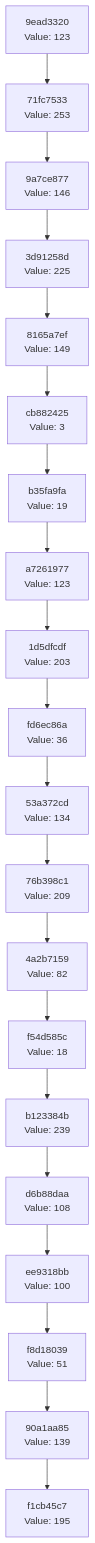
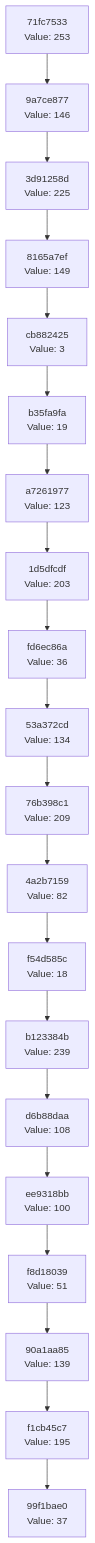
Before and after one commit to Abhisheksinha1506/hash-chain-evolver: the diagram in docs/CHAIN_VISUALIZATION.md, drawn with Mermaid. The commit also changed 2 other files, not shown here.

Commit message:
Evolution step: hash 0x25 → action executed

````diff
--- a/docs/CHAIN_VISUALIZATION.md
+++ b/docs/CHAIN_VISUALIZATION.md
@@ -3,42 +3,42 @@
 ```mermaid
 graph TD
-    C0["f1cb45c7<br/>Value: 195"]
-    C1["90a1aa85<br/>Value: 139"]
+    C0["99f1bae0<br/>Value: 37"]
+    C1["f1cb45c7<br/>Value: 195"]
     C1 --> C0
-    C2["f8d18039<br/>Value: 51"]
+    C2["90a1aa85<br/>Value: 139"]
     C2 --> C1
-    C3["ee9318bb<br/>Value: 100"]
+    C3["f8d18039<br/>Value: 51"]
     C3 --> C2
-    C4["d6b88daa<br/>Value: 108"]
+    C4["ee9318bb<br/>Value: 100"]
     C4 --> C3
-    C5["b123384b<br/>Value: 239"]
+    C5["d6b88daa<br/>Value: 108"]
     C5 --> C4
-    C6["f54d585c<br/>Value: 18"]
+    C6["b123384b<br/>Value: 239"]
     C6 --> C5
-    C7["4a2b7159<br/>Value: 82"]
+    C7["f54d585c<br/>Value: 18"]
     C7 --> C6
-    C8["76b398c1<br/>Value: 209"]
+    C8["4a2b7159<br/>Value: 82"]
     C8 --> C7
-    C9["53a372cd<br/>Value: 134"]
+    C9["76b398c1<br/>Value: 209"]
     C9 --> C8
-    C10["fd6ec86a<br/>Value: 36"]
+    C10["53a372cd<br/>Value: 134"]
     C10 --> C9
-    C11["1d5dfcdf<br/>Value: 203"]
+    C11["fd6ec86a<br/>Value: 36"]
     C11 --> C10
-    C12["a7261977<br/>Value: 123"]
+    C12["1d5dfcdf<br/>Value: 203"]
     C12 --> C11
-    C13["b35fa9fa<br/>Value: 19"]
+    C13["a7261977<br/>Value: 123"]
     C13 --> C12
-    C14["cb882425<br/>Value: 3"]
+    C14["b35fa9fa<br/>Value: 19"]
     C14 --> C13
-    C15["8165a7ef<br/>Value: 149"]
+    C15["cb882425<br/>Value: 3"]
     C15 --> C14
-    C16["3d91258d<br/>Value: 225"]
+    C16["8165a7ef<br/>Value: 149"]
     C16 --> C15
-    C17["9a7ce877<br/>Value: 146"]
+    C17["3d91258d<br/>Value: 225"]
     C17 --> C16
-    C18["71fc7533<br/>Value: 253"]
+    C18["9a7ce877<br/>Value: 146"]
     C18 --> C17
-    C19["9ead3320<br/>Value: 123"]
+    C19["71fc7533<br/>Value: 253"]
     C19 --> C18
 ```
````
